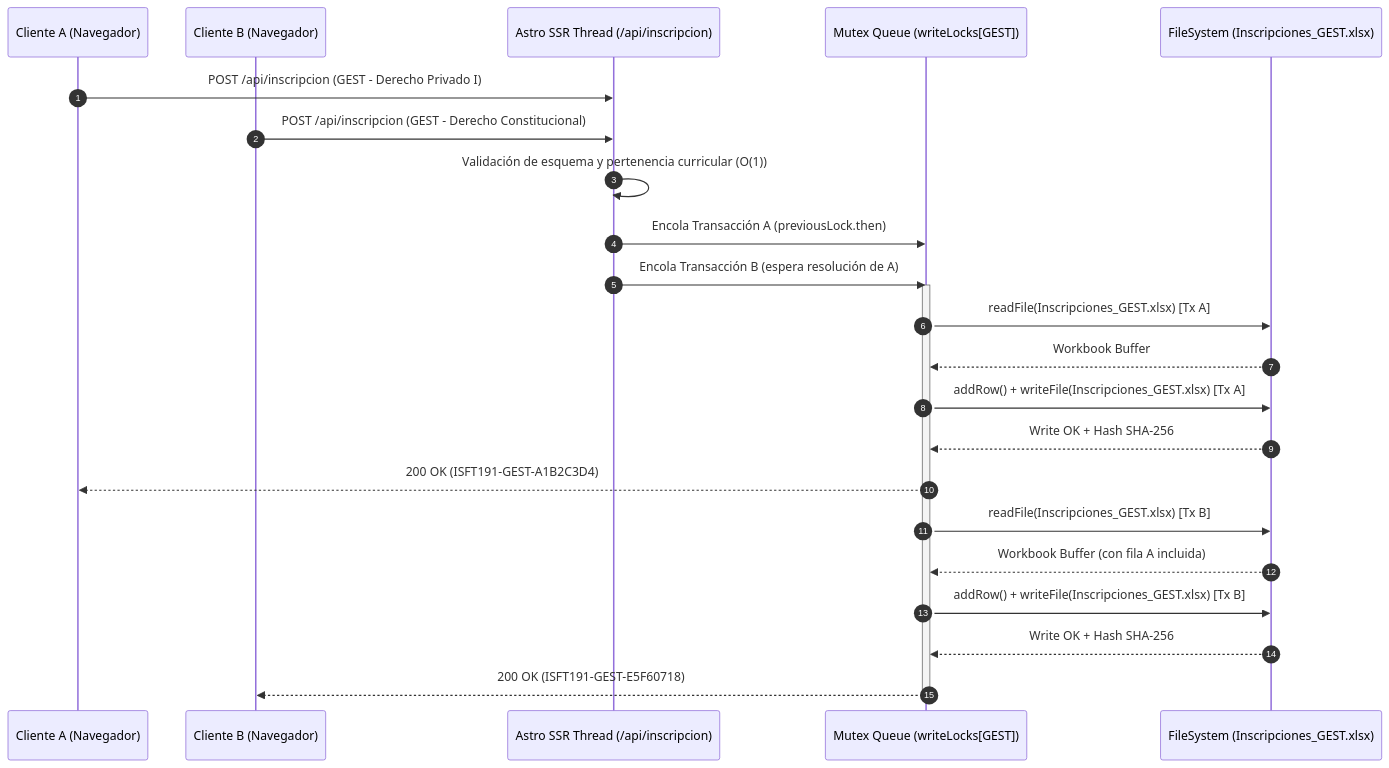
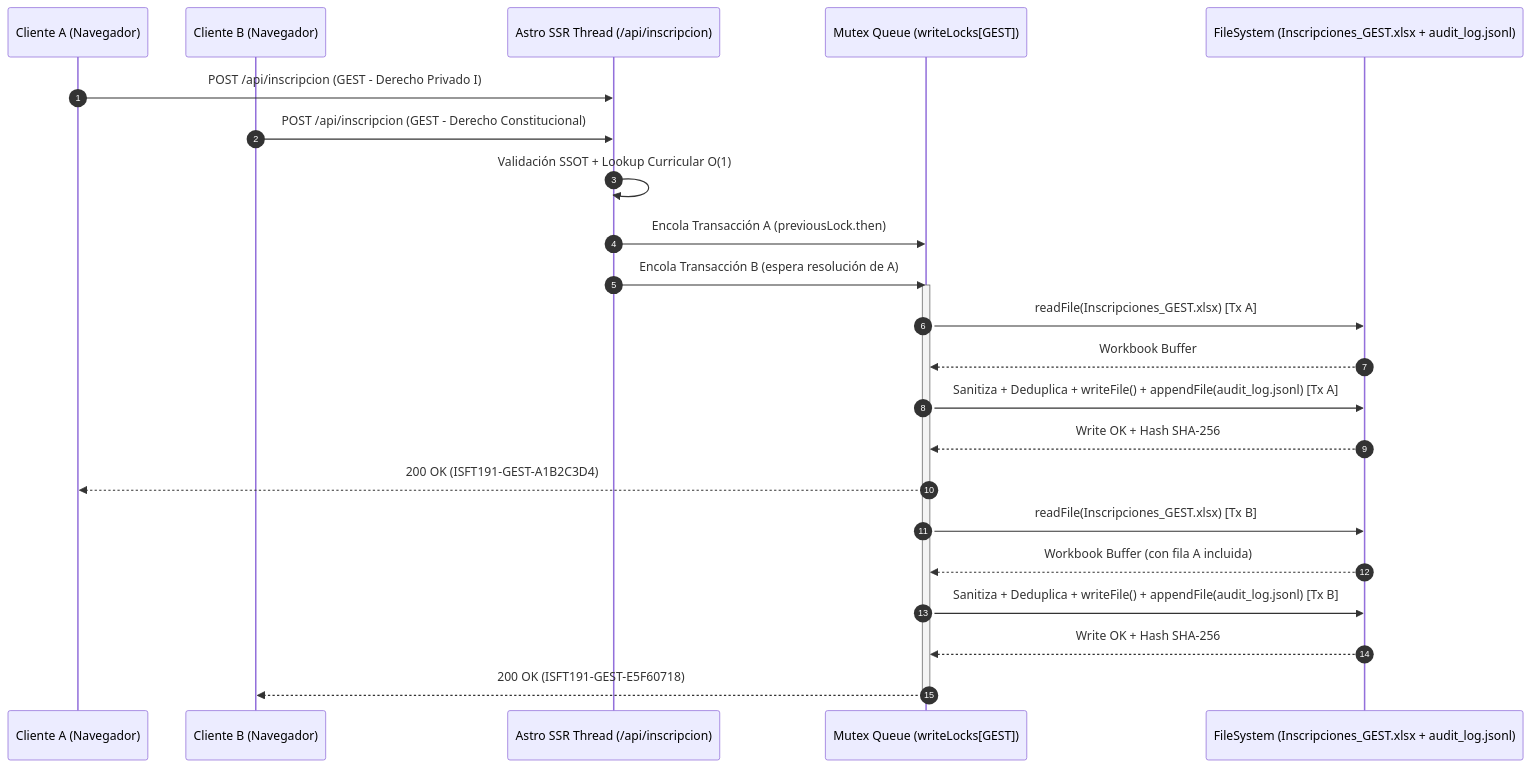
Before and after one commit to nedder3/formularios-web-isft: the second of 2 diagrams in README.md, drawn with Mermaid. The commit also changed other lines of this file, not shown here.

Commit message:
docs(readme): mark senior architecture and ux/ui redesign checklist items as completed

````diff
--- a/README.md
+++ b/README.md
@@ -92,27 +98,27 @@
 ```mermaid
 sequenceDiagram
     autonumber
     participant C1 as Cliente A (Navegador)
     participant C2 as Cliente B (Navegador)
     participant API as Astro SSR Thread (/api/inscripcion)
     participant Q as Mutex Queue (writeLocks[GEST])
-    participant FS as FileSystem (Inscripciones_GEST.xlsx)
+    participant FS as FileSystem (Inscripciones_GEST.xlsx + audit_log.jsonl)
 
     C1->>API: POST /api/inscripcion (GEST - Derecho Privado I)
     C2->>API: POST /api/inscripcion (GEST - Derecho Constitucional)
-    API->>API: Validación de esquema y pertenencia curricular (O(1))
+    API->>API: Validación SSOT + Lookup Curricular O(1)
     API->>Q: Encola Transacción A (previousLock.then)
     API->>Q: Encola Transacción B (espera resolución de A)
     activate Q
     Q->>FS: readFile(Inscripciones_GEST.xlsx) [Tx A]
     FS-->>Q: Workbook Buffer
-    Q->>FS: addRow() + writeFile(Inscripciones_GEST.xlsx) [Tx A]
+    Q->>FS: Sanitiza + Deduplica + writeFile() + appendFile(audit_log.jsonl) [Tx A]
     FS-->>Q: Write OK + Hash SHA-256
     Q-->>C1: 200 OK (ISFT191-GEST-A1B2C3D4)
     Q->>FS: readFile(Inscripciones_GEST.xlsx) [Tx B]
     FS-->>Q: Workbook Buffer (con fila A incluida)
-    Q->>FS: addRow() + writeFile(Inscripciones_GEST.xlsx) [Tx B]
+    Q->>FS: Sanitiza + Deduplica + writeFile() + appendFile(audit_log.jsonl) [Tx B]
     FS-->>Q: Write OK + Hash SHA-256
     Q-->>C2: 200 OK (ISFT191-GEST-E5F60718)
     deactivate Q
 ```
````
